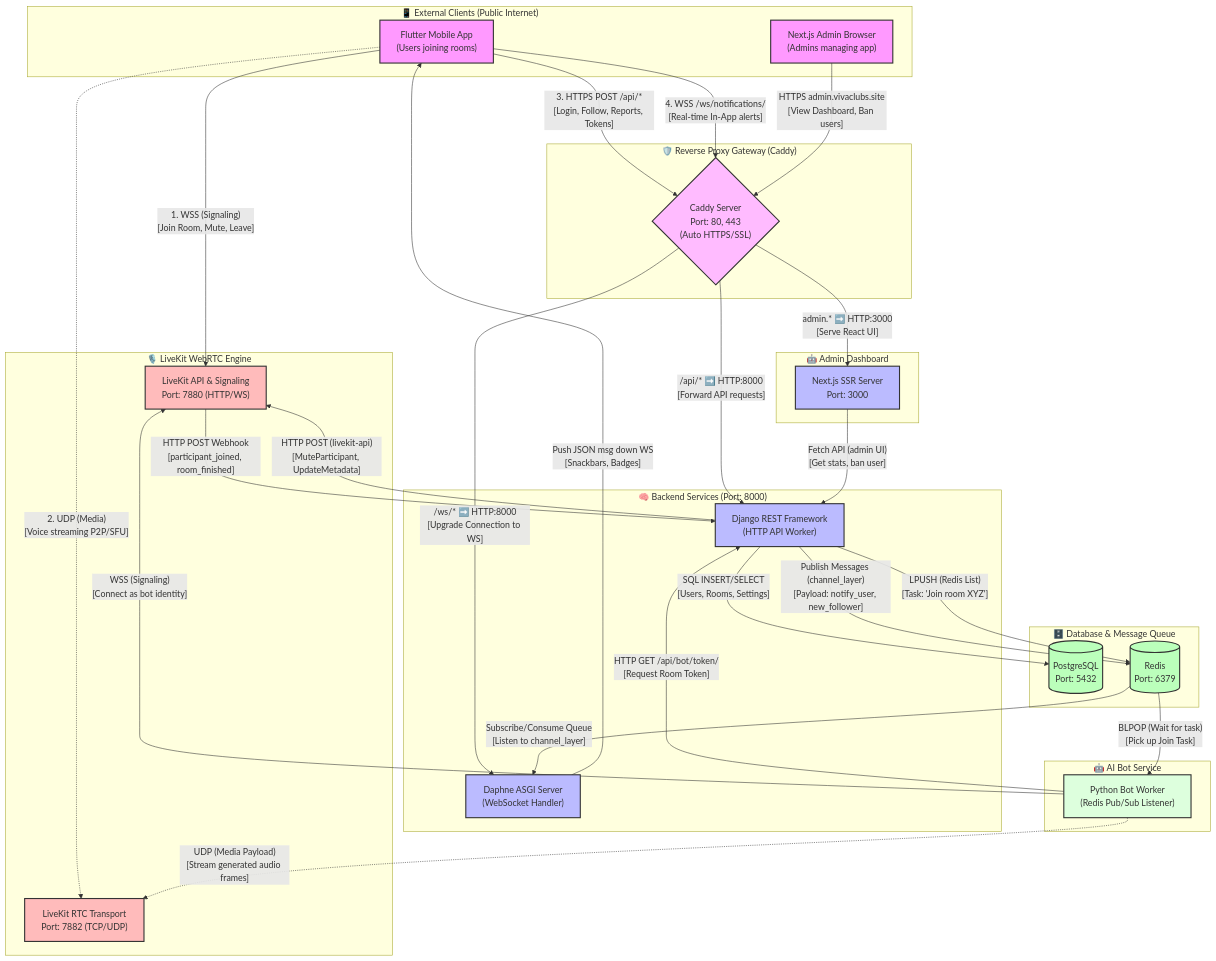
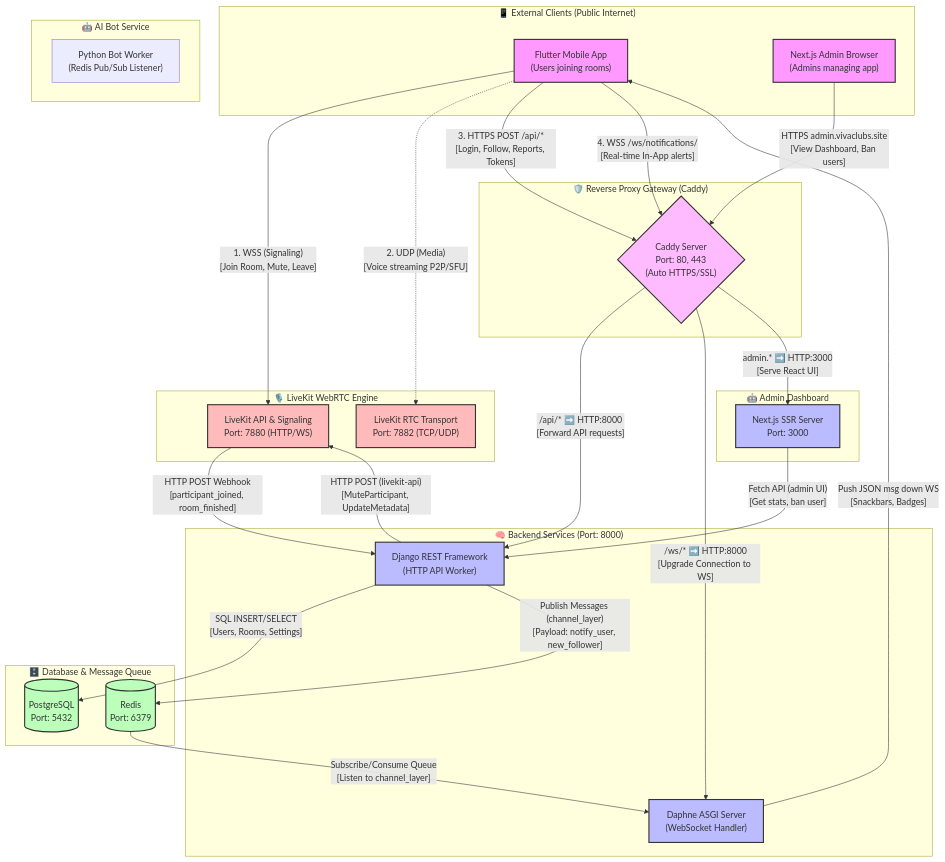
One commit to arefandywae-lab/VivaClub changed the diagram in Docs/Problem&Progress report/architecture-port-mapping.md. Above: the diagram before and after it, drawn with Mermaid. The commit also changed 4 other files, not shown here.

Commit message:
docs: Remove AI Companion bot references from all architecture and progress documents

````diff
--- a/Docs/Problem&Progress report/architecture-port-mapping.md
+++ b/Docs/Problem&Progress report/architecture-port-mapping.md
@@ -103,13 +103,7 @@
     DjangoAPI -- "HTTP POST (livekit-api)\n[MuteParticipant, UpdateMetadata]" --> LiveKitAPI
     LiveKitAPI -- "HTTP POST Webhook\n[participant_joined, room_finished]" --> DjangoAPI
 
-    %% G. Bot Service Loop
-    DjangoAPI -- "LPUSH (Redis List)\n[Task: 'Join room XYZ']" --> Redis
-    Redis -- "BLPOP (Wait for task)\n[Pick up Join Task]" --> BotWorker
-    BotWorker -- "HTTP GET /api/bot/token/\n[Request Room Token]" --> DjangoAPI
-    BotWorker -- "WSS (Signaling)\n[Connect as bot identity]" --> LiveKitAPI
-    BotWorker -. "UDP (Media Payload)\n[Stream generated audio frames]" .-> LiveKitRTC
-    
+    %% G. Bot Service Loop (Removed: No AI Bot in current scope)
     %% ==========================================
     %% STYLING
     %% ==========================================
@@ -118,12 +112,10 @@
     classDef backend fill:#bbf,stroke:#333,stroke-width:2px;
     classDef data fill:#bfb,stroke:#333,stroke-width:2px;
     classDef rtc fill:#fbb,stroke:#333,stroke-width:2px;
-    classDef bot fill:#dfd,stroke:#333,stroke-width:2px;
     
     class Flutter,Browser client;
     class Caddy proxy;
     class DjangoAPI,Daphne,NextJS backend;
     class Postgres,Redis data;
     class LiveKitAPI,LiveKitRTC rtc;
-    class BotWorker bot;
 ```
````
